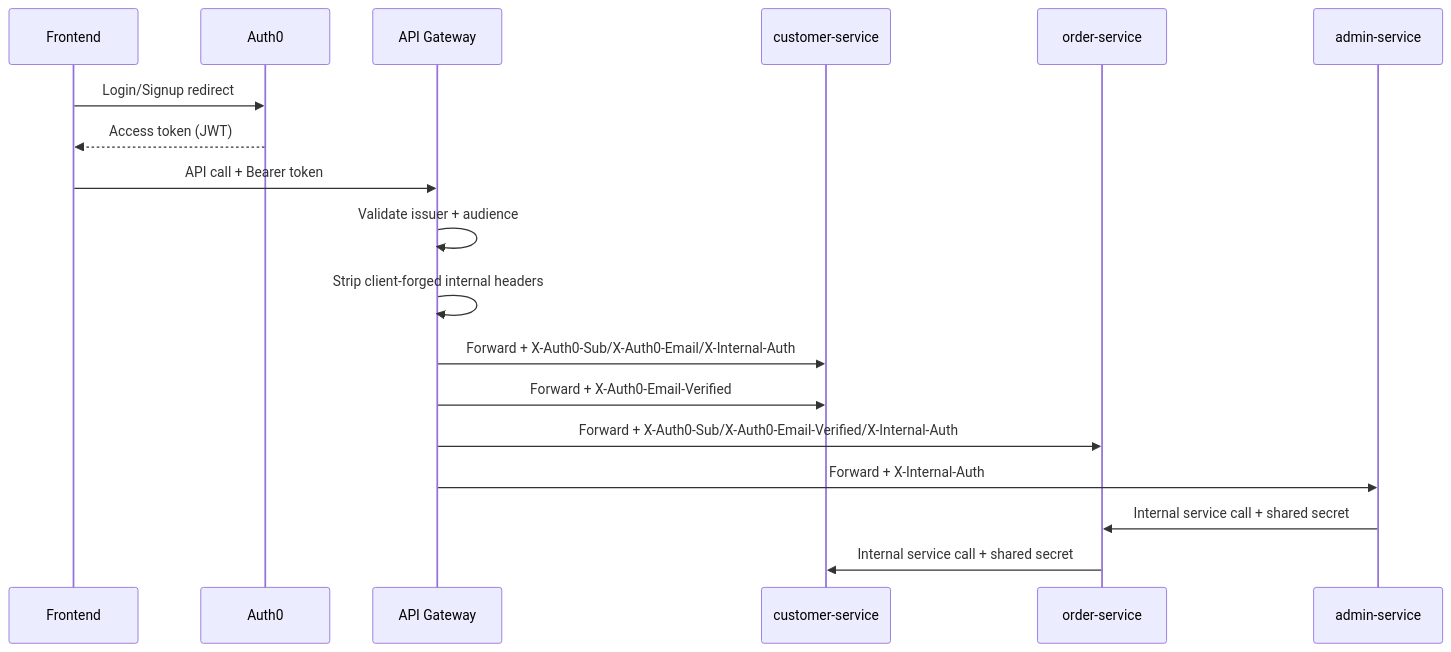
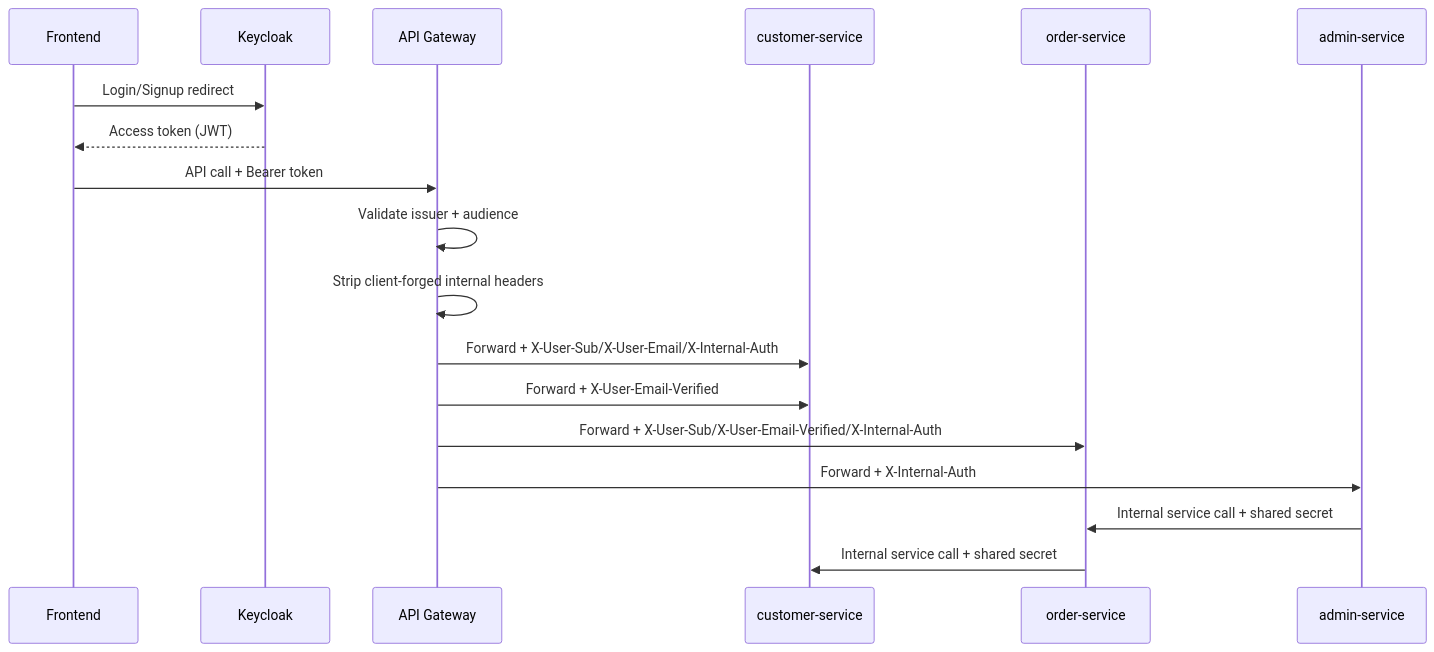
One commit to rumalg123/SpringBoot-Microservice changed the second of 2 diagrams in README.md. Above: the diagram before and after it, drawn with Mermaid. The commit also changed other lines of this file and 30 other files, not shown here.

````diff
--- a/README.md
+++ b/README.md
@@ -186,21 +186,21 @@
 ```mermaid
 sequenceDiagram
     participant UI as Frontend
-    participant A0 as Auth0
+    participant KC as Keycloak
     participant GW as API Gateway
     participant CS as customer-service
     participant OS as order-service
     participant ADS as admin-service
 
-    UI->>A0: Login/Signup redirect
-    A0-->>UI: Access token (JWT)
+    UI->>KC: Login/Signup redirect
+    KC-->>UI: Access token (JWT)
     UI->>GW: API call + Bearer token
     GW->>GW: Validate issuer + audience
     GW->>GW: Strip client-forged internal headers
-    GW->>CS: Forward + X-Auth0-Sub/X-Auth0-Email/X-Internal-Auth
-    GW->>CS: Forward + X-Auth0-Email-Verified
-    GW->>OS: Forward + X-Auth0-Sub/X-Auth0-Email-Verified/X-Internal-Auth
+    GW->>CS: Forward + X-User-Sub/X-User-Email/X-Internal-Auth
+    GW->>CS: Forward + X-User-Email-Verified
+    GW->>OS: Forward + X-User-Sub/X-User-Email-Verified/X-Internal-Auth
     GW->>ADS: Forward + X-Internal-Auth
     ADS->>OS: Internal service call + shared secret
     OS->>CS: Internal service call + shared secret
 ```
````
